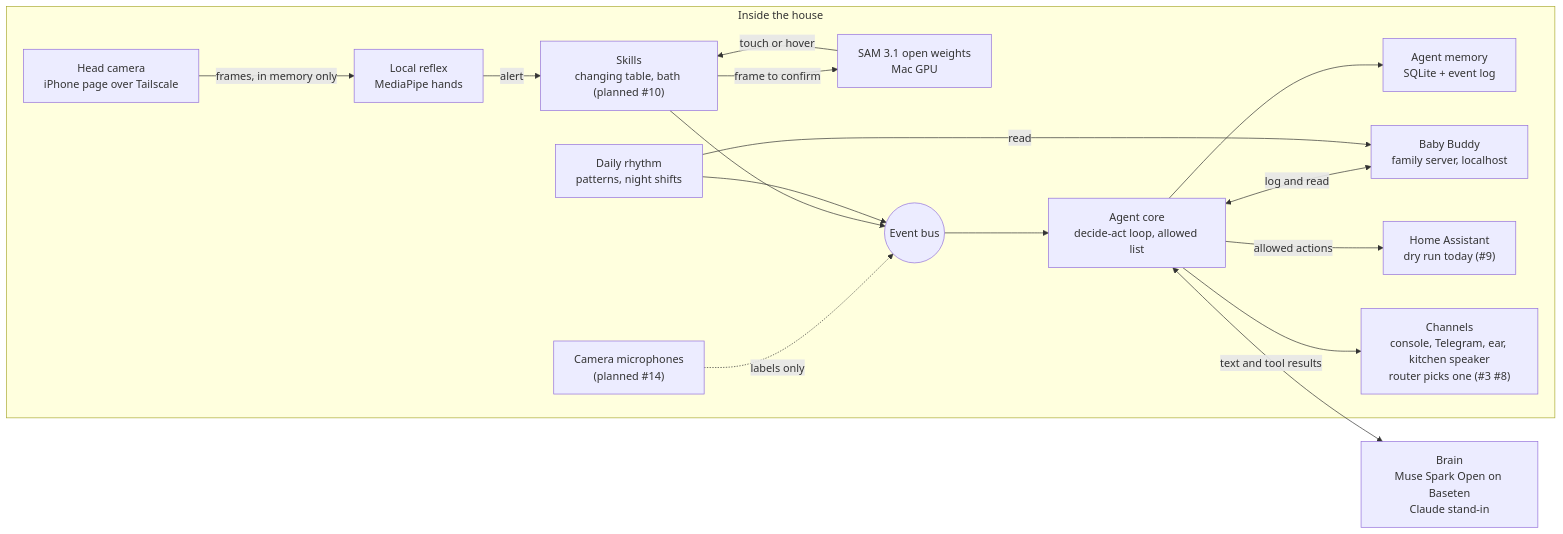
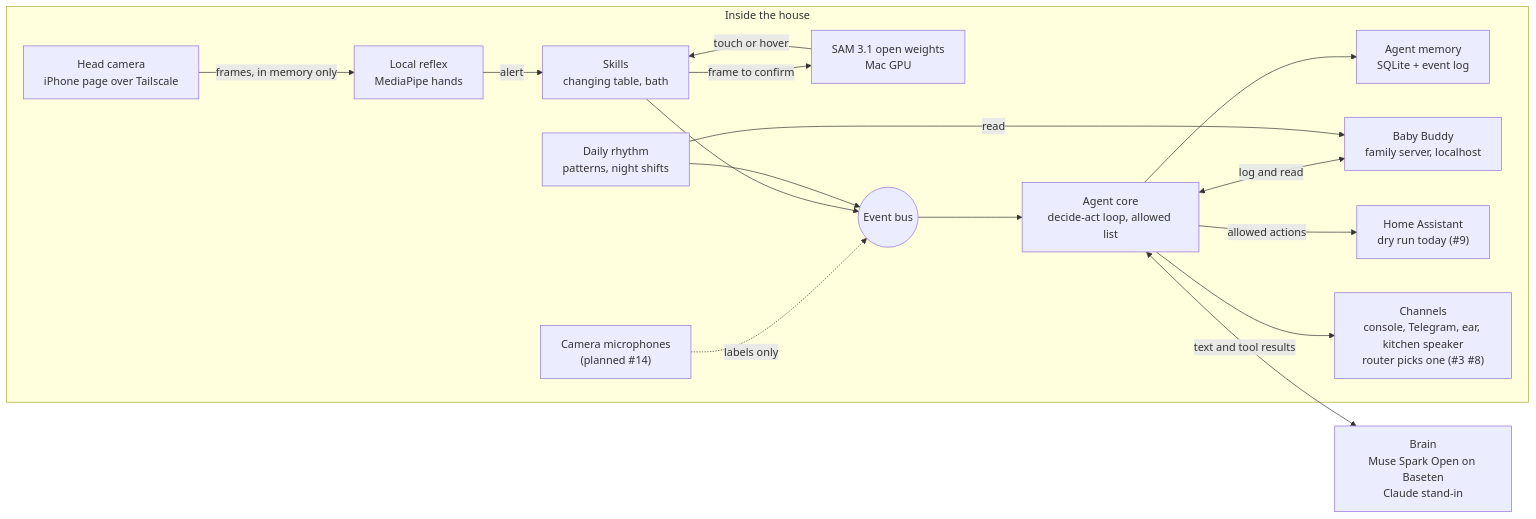
One commit to gonzalomelov/theos-house changed the diagram in docs/architecture.md. Above: the diagram before and after it, drawn with Mermaid. The commit also changed other lines of this file and 10 other files, not shown here.

````diff
--- a/docs/architecture.md
+++ b/docs/architecture.md
@@ -5,33 +5,33 @@
 ```mermaid
 flowchart LR
   subgraph House["Inside the house"]
     cam["Head camera<br/>iPhone page over Tailscale"]
     mic["Camera microphones<br/>(planned #14)"]
     reflex["Local reflex<br/>MediaPipe hands"]
     sam["SAM 3.1 open weights<br/>Mac GPU"]
     bus(("Event bus"))
     core["Agent core<br/>decide-act loop, allowed list"]
     mem["Agent memory<br/>SQLite + event log"]
     bb["Baby Buddy<br/>family server, localhost"]
     rhythm["Daily rhythm<br/>patterns, night shifts"]
-    skills["Skills<br/>changing table, bath (planned #10)"]
+    skills["Skills<br/>changing table, bath"]
     ha["Home Assistant<br/>dry run today (#9)"]
     chan["Channels<br/>console, Telegram, ear, kitchen speaker<br/>router picks one (#3 #8)"]
   end
   brain["Brain<br/>Muse Spark Open on Baseten<br/>Claude stand-in"]
 
   cam -->|frames, in memory only| reflex
   reflex -->|alert| skills
   skills -->|frame to confirm| sam
   sam -->|touch or hover| skills
   mic -.->|labels only| bus
   skills --> bus
   rhythm --> bus
   bus --> core
   core <-->|text and tool results| brain
   core --> mem
   core <-->|log and read| bb
   rhythm -->|read| bb
   core -->|allowed actions| ha
   core --> chan
 ```
````
